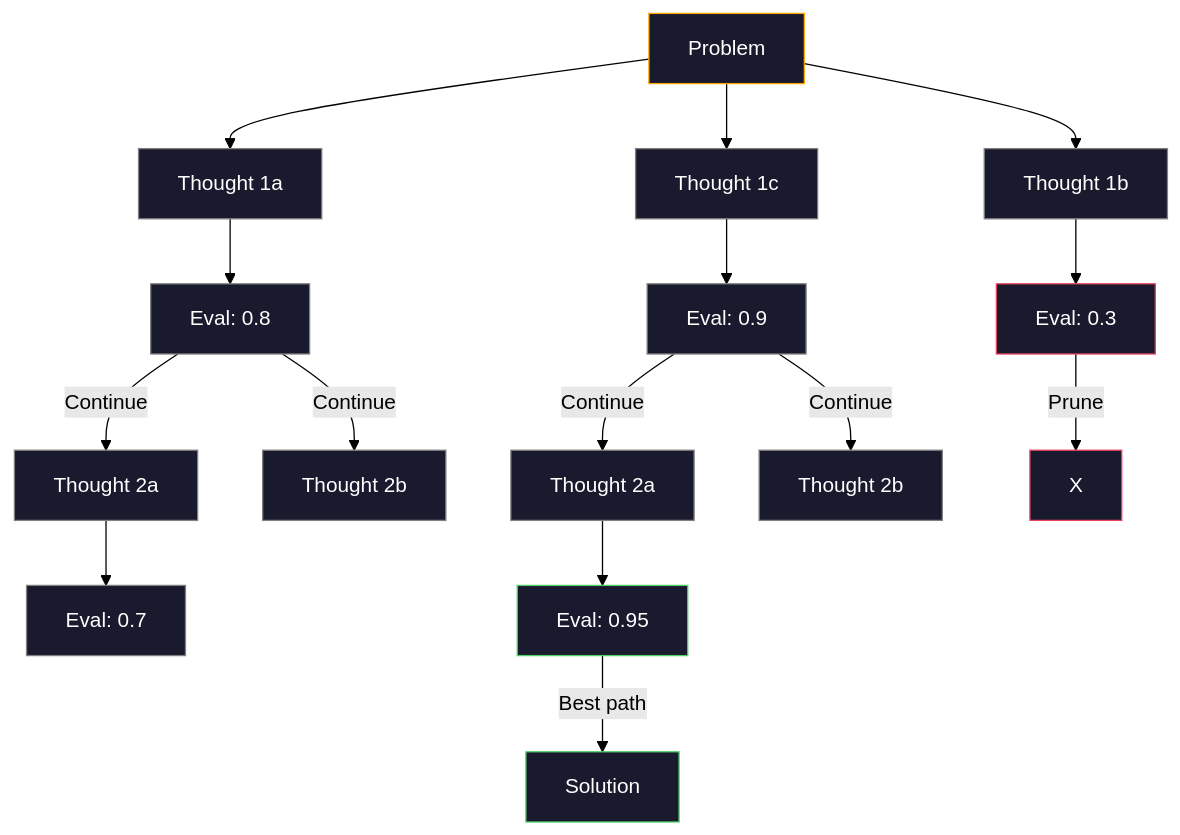
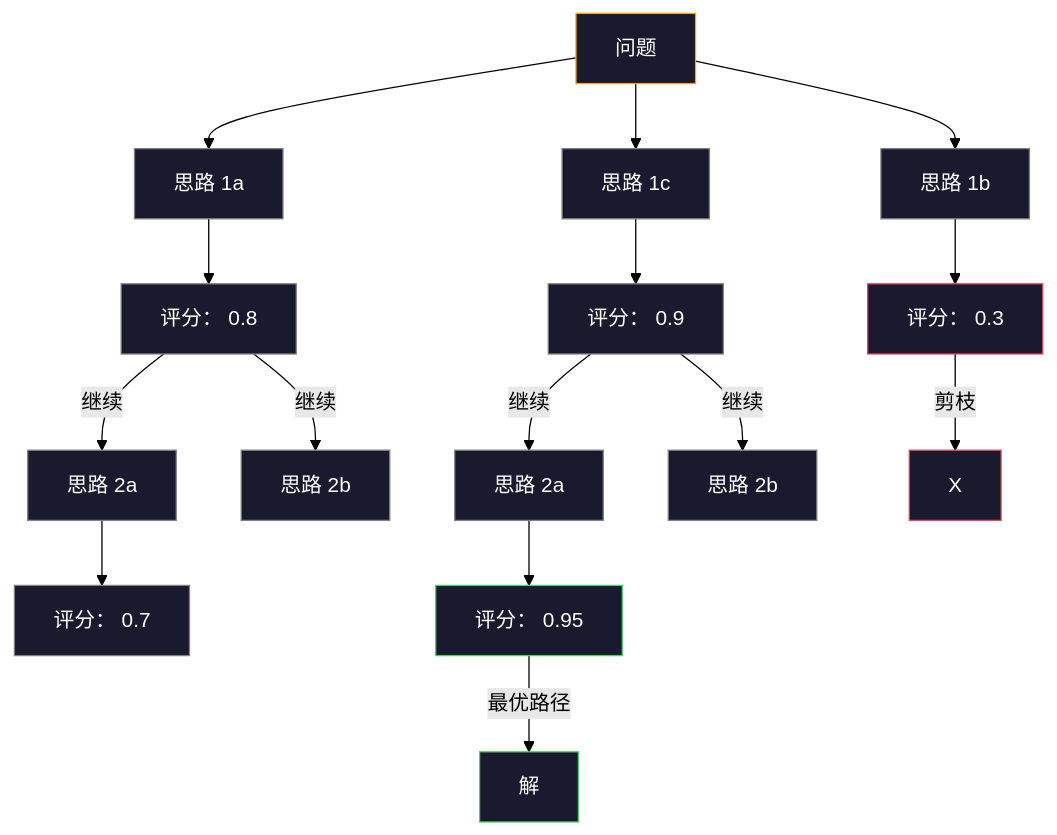
The fourth of 6 diagrams in phases/11-llm-engineering/02-few-shot-cot/docs/zh.md (JerryC8080/ai-engineering-from-scratch-zh), drawn with Mermaid (forest theme) before and after one commit. The commit also changed other lines of this file and 156 other files, not shown here.

First line of the commit message:
i18n(zh): translate mermaid diagram labels in 157 lesson zh.md

````diff
--- a/phases/11-llm-engineering/02-few-shot-cot/docs/zh.md
+++ b/phases/11-llm-engineering/02-few-shot-cot/docs/zh.md
@@ -149,38 +149,38 @@
 ```mermaid
 graph TD
-    Root["Problem"] --> B1["Thought 1a"]
-    Root --> B2["Thought 1b"]
-    Root --> B3["Thought 1c"]
+    Root["问题"] --> B1["思路 1a"]
+    Root --> B2["思路 1b"]
+    Root --> B3["思路 1c"]
 
-    B1 --> E1["Eval: 0.8"]
-    B2 --> E2["Eval: 0.3"]
-    B3 --> E3["Eval: 0.9"]
+    B1 --> E1["评分： 0.8"]
+    B2 --> E2["评分： 0.3"]
+    B3 --> E3["评分： 0.9"]
 
-    E1 -->|Continue| B1a["Thought 2a"]
-    E1 -->|Continue| B1b["Thought 2b"]
-    E3 -->|Continue| B3a["Thought 2a"]
-    E3 -->|Continue| B3b["Thought 2b"]
+    E1 -->|继续| B1a["思路 2a"]
+    E1 -->|继续| B1b["思路 2b"]
+    E3 -->|继续| B3a["思路 2a"]
+    E3 -->|继续| B3b["思路 2b"]
 
-    E2 -->|Prune| X["X"]
+    E2 -->|剪枝| X["X"]
 
-    B1a --> E4["Eval: 0.7"]
-    B3a --> E5["Eval: 0.95"]
+    B1a --> E4["评分： 0.7"]
+    B3a --> E5["评分： 0.95"]
 
-    E5 -->|Best path| Final["Solution"]
+    E5 -->|最优路径| Final["解"]
 
     style Root fill:#1a1a2e,stroke:#ffa500,color:#fff
     style E2 fill:#1a1a2e,stroke:#e94560,color:#fff
     style X fill:#1a1a2e,stroke:#e94560,color:#fff
     style E5 fill:#1a1a2e,stroke:#51cf66,color:#fff
     style Final fill:#1a1a2e,stroke:#51cf66,color:#fff
     style B1 fill:#1a1a2e,stroke:#808080,color:#fff
     style B2 fill:#1a1a2e,stroke:#808080,color:#fff
     style B3 fill:#1a1a2e,stroke:#808080,color:#fff
     style B1a fill:#1a1a2e,stroke:#808080,color:#fff
     style B1b fill:#1a1a2e,stroke:#808080,color:#fff
     style B3a fill:#1a1a2e,stroke:#808080,color:#fff
     style B3b fill:#1a1a2e,stroke:#808080,color:#fff
     style E1 fill:#1a1a2e,stroke:#808080,color:#fff
     style E3 fill:#1a1a2e,stroke:#808080,color:#fff
     style E4 fill:#1a1a2e,stroke:#808080,color:#fff
 ```
````
